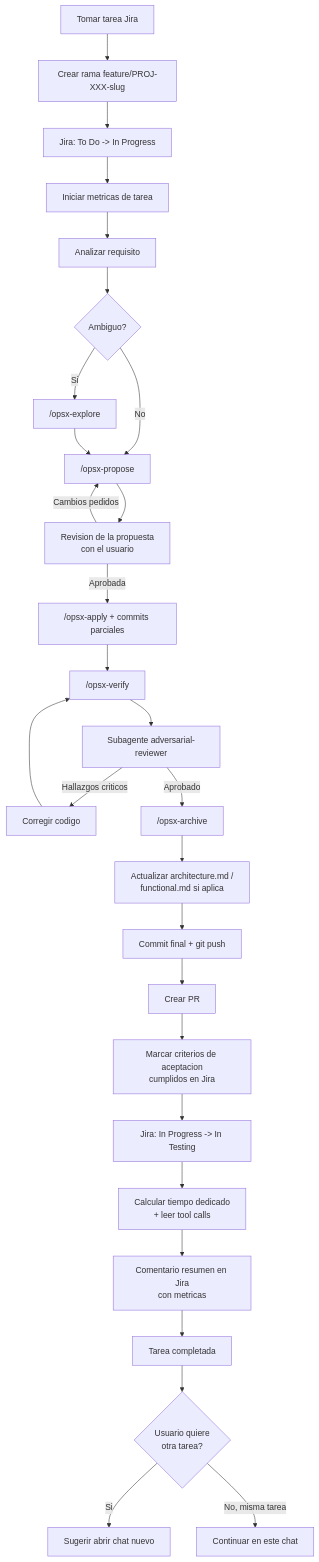
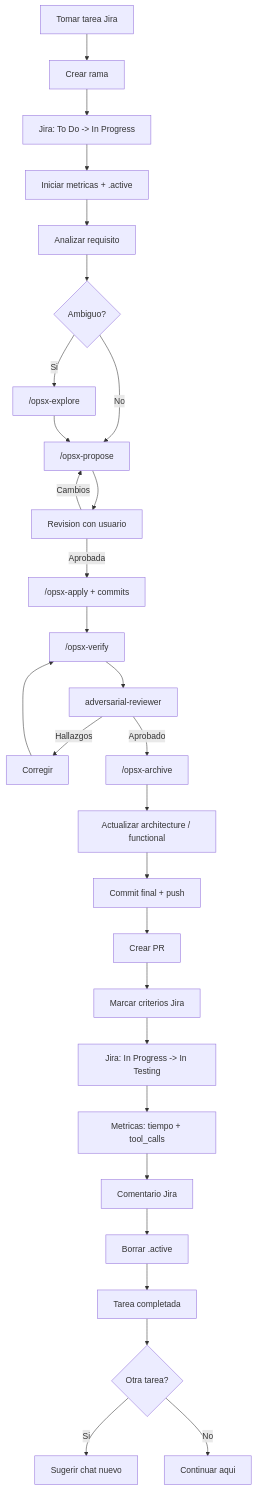
One commit to pzapicoit/software-engineer-plugin changed the diagram in agents/software-engineer.md. Above: the diagram before and after it, drawn with Mermaid. The commit also changed other lines of this file and 14 other files, not shown here.

````diff
--- a/agents/software-engineer.md
+++ b/agents/software-engineer.md
@@ -140,30 +51,31 @@
 ```mermaid
 flowchart TD
-    TakeTask["Tomar tarea Jira"] --> CreateBranch["Crear rama feature/PROJ-XXX-slug"]
+    TakeTask["Tomar tarea Jira"] --> CreateBranch["Crear rama"]
     CreateBranch --> TransInProgress["Jira: To Do -> In Progress"]
-    TransInProgress --> StartMetrics["Iniciar metricas de tarea"]
+    TransInProgress --> StartMetrics["Iniciar metricas + .active"]
     StartMetrics --> Analyze["Analizar requisito"]
     Analyze --> Ambiguous{"Ambiguo?"}
     Ambiguous -->|Si| Explore["/opsx-explore"]
     Ambiguous -->|No| Propose["/opsx-propose"]
     Explore --> Propose
-    Propose --> ReviewProposal["Revision de la propuesta<br/>con el usuario"]
-    ReviewProposal -->|Cambios pedidos| Propose
-    ReviewProposal -->|Aprobada| Apply["/opsx-apply + commits parciales"]
+    Propose --> ReviewProposal["Revision con usuario"]
+    ReviewProposal -->|Cambios| Propose
+    ReviewProposal -->|Aprobada| Apply["/opsx-apply + commits"]
     Apply --> Verify["/opsx-verify"]
-    Verify --> Adversarial["Subagente adversarial-reviewer"]
-    Adversarial -->|Hallazgos criticos| Fix["Corregir codigo"]
+    Verify --> Adversarial["adversarial-reviewer"]
+    Adversarial -->|Hallazgos| Fix["Corregir"]
     Fix --> Verify
     Adversarial -->|Aprobado| Archive["/opsx-archive"]
-    Archive --> UpdateDocs["Actualizar architecture.md /<br/>functional.md si aplica"]
-    UpdateDocs --> FinalCommit["Commit final + git push"]
+    Archive --> UpdateDocs["Actualizar architecture / functional"]
+    UpdateDocs --> FinalCommit["Commit final + push"]
     FinalCommit --> CreatePR["Crear PR"]
-    CreatePR --> MarkCriteria["Marcar criterios de aceptacion<br/>cumplidos en Jira"]
+    CreatePR --> MarkCriteria["Marcar criterios Jira"]
     MarkCriteria --> TransInTesting["Jira: In Progress -> In Testing"]
-    TransInTesting --> ReadMetrics["Calcular tiempo dedicado<br/>+ leer tool calls"]
-    ReadMetrics --> JiraComment["Comentario resumen en Jira<br/>con metricas"]
-    JiraComment --> TaskDone["Tarea completada"]
-    TaskDone --> NextTask{"Usuario quiere<br/>otra tarea?"}
-    NextTask -->|Si| SuggestNewChat["Sugerir abrir chat nuevo"]
-    NextTask -->|No, misma tarea| StayHere["Continuar en este chat"]
+    TransInTesting --> ReadMetrics["Metricas: tiempo + tool_calls"]
+    ReadMetrics --> JiraComment["Comentario Jira"]
+    JiraComment --> ClearActive["Borrar .active"]
+    ClearActive --> TaskDone["Tarea completada"]
+    TaskDone --> NextTask{"Otra tarea?"}
+    NextTask -->|Si| SuggestNewChat["Sugerir chat nuevo"]
+    NextTask -->|No| StayHere["Continuar aqui"]
 ```
````
